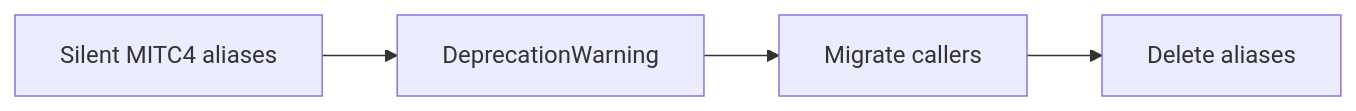
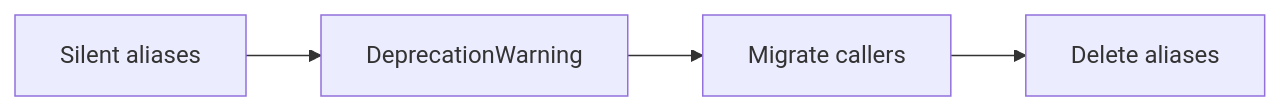
One commit to samhughes-fea/shell-fem changed the diagram in section_shell_fea/docs/DEPRECATED_ALIASES.md. Above: the diagram before and after it, drawn with Mermaid. The commit also changed other lines of this file and 1 other file, not shown here.

````diff
--- a/section_shell_fea/docs/DEPRECATED_ALIASES.md
+++ b/section_shell_fea/docs/DEPRECATED_ALIASES.md
@@ -134,8 +71,8 @@
 ```mermaid
 flowchart LR
-  silent[Silent MITC4 aliases]
+  silent[Silent aliases]
   warn[DeprecationWarning]
   migrate[Migrate callers]
   remove[Delete aliases]
   silent --> warn --> migrate --> remove
 ```
````
